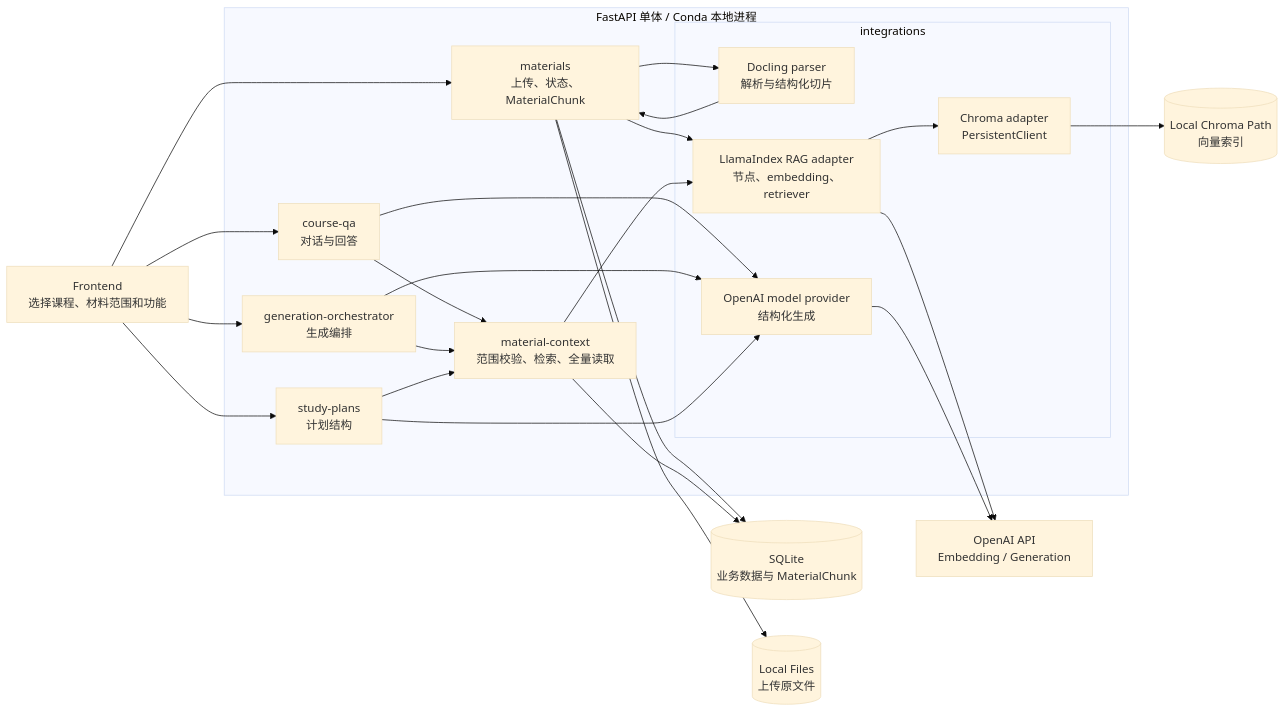
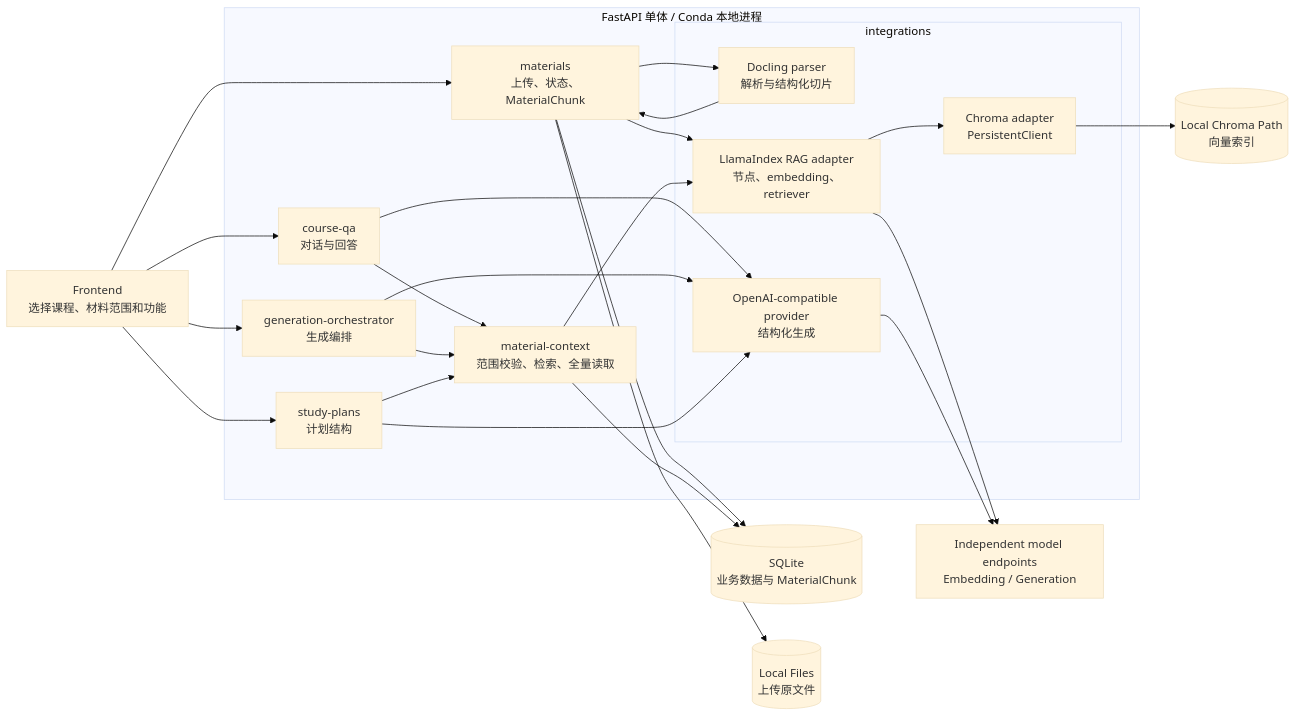
One commit to cyruan815/CourseNexus changed the first of 4 diagrams in docs/architecture/material-context-rag.md. Above: the diagram before and after it, drawn with Mermaid (base theme). The commit also changed other lines of this file and 12 other files, not shown here.

````diff
--- a/docs/architecture/material-context-rag.md
+++ b/docs/architecture/material-context-rag.md
@@ -45,43 +45,43 @@
 ```mermaid
 flowchart LR
     FE["Frontend<br/>选择课程、材料范围和功能"]
 
     subgraph API["FastAPI 单体 / Conda 本地进程"]
         MAT["materials<br/>上传、状态、MaterialChunk"]
         CTX["material-context<br/>范围校验、检索、全量读取"]
         QA["course-qa<br/>对话与回答"]
         ORCH["generation-orchestrator<br/>生成编排"]
         PLAN["study-plans<br/>计划结构"]
 
         subgraph INT["integrations"]
             DOC["Docling parser<br/>解析与结构化切片"]
             LI["LlamaIndex RAG adapter<br/>节点、embedding、retriever"]
             CH["Chroma adapter<br/>PersistentClient"]
-            MP["OpenAI model provider<br/>结构化生成"]
+            MP["OpenAI-compatible provider<br/>结构化生成"]
         end
     end
 
     SQL[("SQLite<br/>业务数据与 MaterialChunk")]
     FILES[("Local Files<br/>上传原文件")]
     VEC[("Local Chroma Path<br/>向量索引")]
-    OAI["OpenAI API<br/>Embedding / Generation"]
+    OAI["Independent model endpoints<br/>Embedding / Generation"]
 
     FE --> MAT
     MAT --> FILES
     MAT --> DOC
     DOC --> MAT
     MAT --> SQL
     MAT --> LI
     LI --> CH --> VEC
     LI --> OAI
 
     FE --> QA --> CTX
     FE --> ORCH --> CTX
     FE --> PLAN --> CTX
     CTX --> SQL
     CTX --> LI
     QA --> MP
     ORCH --> MP
     PLAN --> MP
     MP --> OAI
 ```
````
